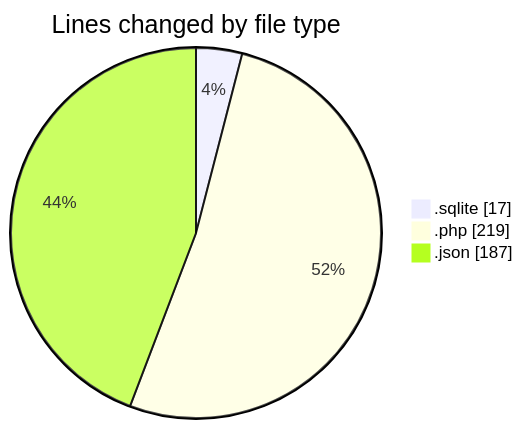
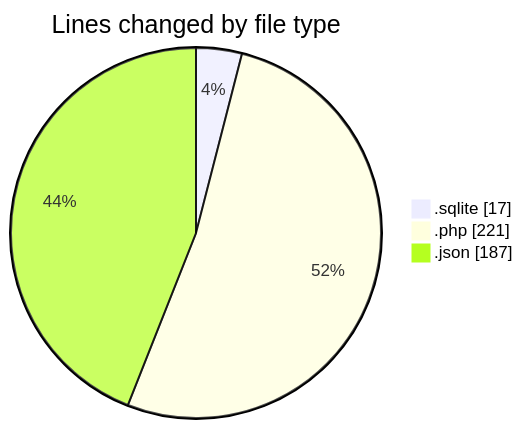
The first of 2 diagrams in 2025-10-07/url-shortener/README.md (Ritupan-Deka/code-tracking), drawn with Mermaid before and after one commit. The commit also changed other lines of this file and 1 other file, not shown here.

````diff
--- a/2025-10-07/url-shortener/README.md
+++ b/2025-10-07/url-shortener/README.md
@@ -22,7 +22,7 @@
 ```mermaid
 pie showData
 title Lines changed by file type
 ".sqlite" : 17
-".php" : 219
+".php" : 221
 ".json" : 187
 ```
````
